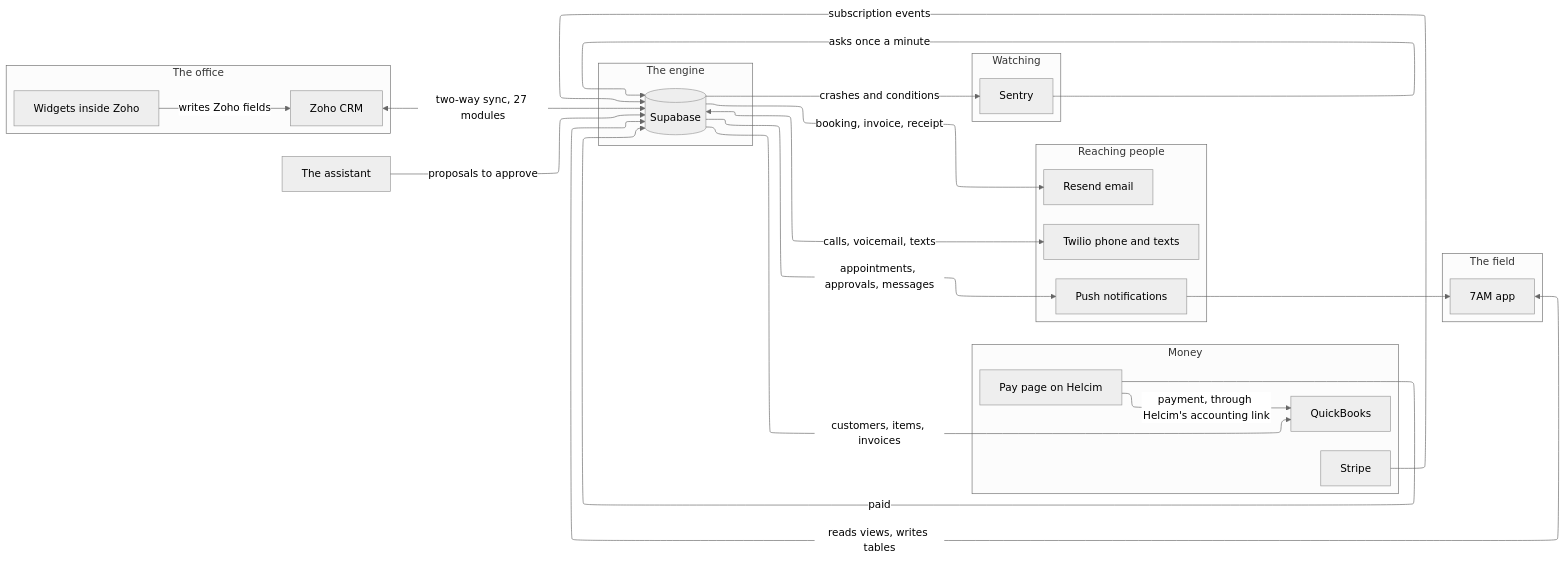
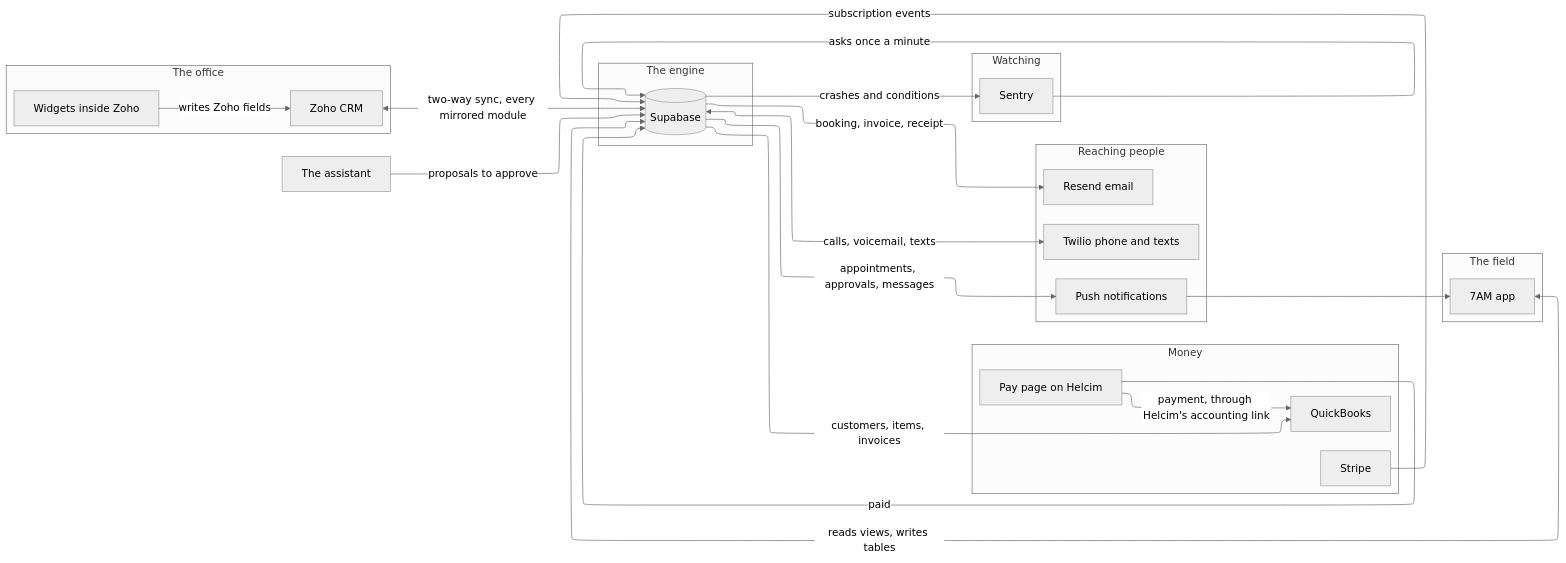
One commit to comforthub/comforthub-docs changed the diagram in systems/how-it-all-fits-together.mdx. Above: the diagram before and after it, drawn with Mermaid (neutral theme). The commit also changed other lines of this file and 67 other files, not shown here.

````diff
--- a/systems/how-it-all-fits-together.mdx
+++ b/systems/how-it-all-fits-together.mdx
@@ -9,42 +9,42 @@
 ```mermaid
 %%{init: {'flowchart': {'defaultRenderer': 'elk'}}}%%
 flowchart LR
   subgraph office [The office]
     Z[Zoho CRM]
     WG[Widgets inside Zoho]
   end
   subgraph engine [The engine]
     S[(Supabase)]
   end
   subgraph field [The field]
     APP[7AM app]
   end
   subgraph money [Money]
     QB[QuickBooks]
     PAY[Pay page on Helcim]
     ST[Stripe]
   end
   subgraph reach [Reaching people]
     TW[Twilio phone and texts]
     RS[Resend email]
     PUSH[Push notifications]
   end
   subgraph watch [Watching]
     SEN[Sentry]
   end
   AS[The assistant]
 
-  Z <-->|two-way sync, 27 modules| S
+  Z <-->|two-way sync, every mirrored module| S
   WG -->|writes Zoho fields| Z
   APP <-->|reads views, writes tables| S
   S -->|customers, items, invoices| QB
   PAY -->|paid| S
   PAY -->|payment, through Helcim's accounting link| QB
   ST -->|subscription events| S
   S <-->|calls, voicemail, texts| TW
   S -->|booking, invoice, receipt| RS
   S -->|appointments, approvals, messages| PUSH --> APP
   AS -->|proposals to approve| S
   S -->|crashes and conditions| SEN
   SEN -->|asks once a minute| S
 ```
````
